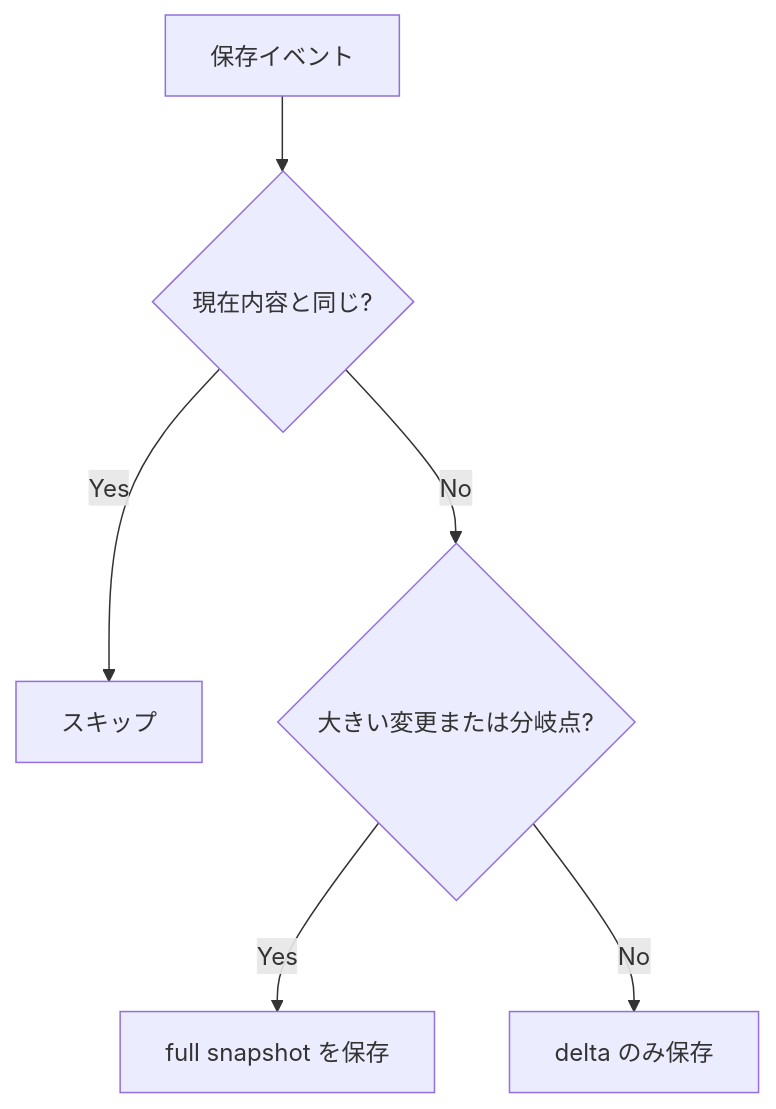
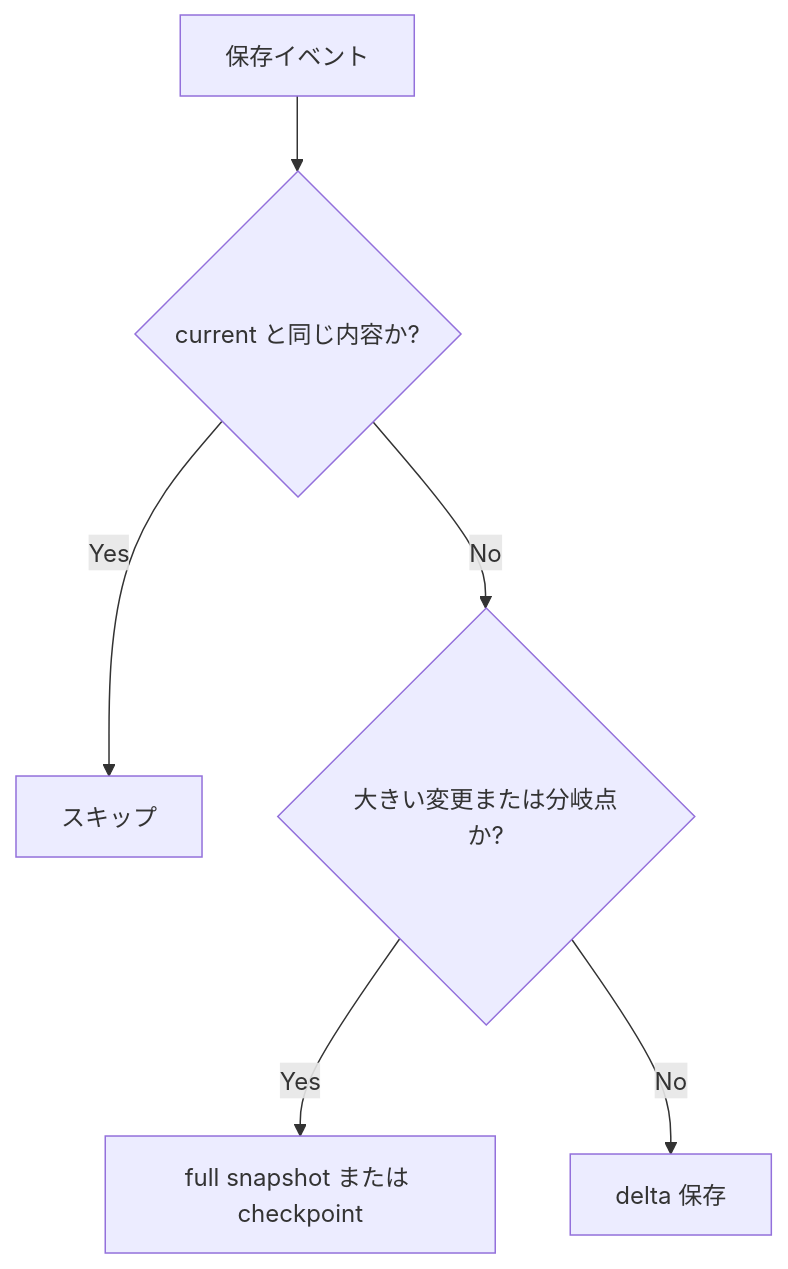
The fifth of 5 diagrams in README_ja.md (mmiyaji/vscode-undotree), drawn with Mermaid before and after one commit. The commit also changed other lines of this file and 7 other files, not shown here.

````diff
--- a/README_ja.md
+++ b/README_ja.md
@@ -241,8 +278,8 @@
 ```mermaid
 flowchart TD
-  save["保存イベント"] --> same{"現在内容と同じ?"}
+  save["保存イベント"] --> same{"current と同じ内容か?"}
   same -->|Yes| skip["スキップ"]
-  same -->|No| ratio{"大きい変更または分岐点?"}
-  ratio -->|Yes| full["full snapshot を保存"]
-  ratio -->|No| delta["delta のみ保存"]
+  same -->|No| ratio{"大きい変更または分岐点か?"}
+  ratio -->|Yes| full["full snapshot または checkpoint"]
+  ratio -->|No| delta["delta 保存"]
 ```
````
